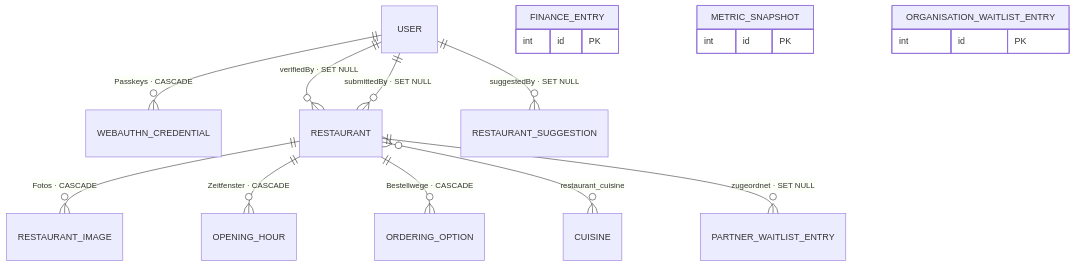
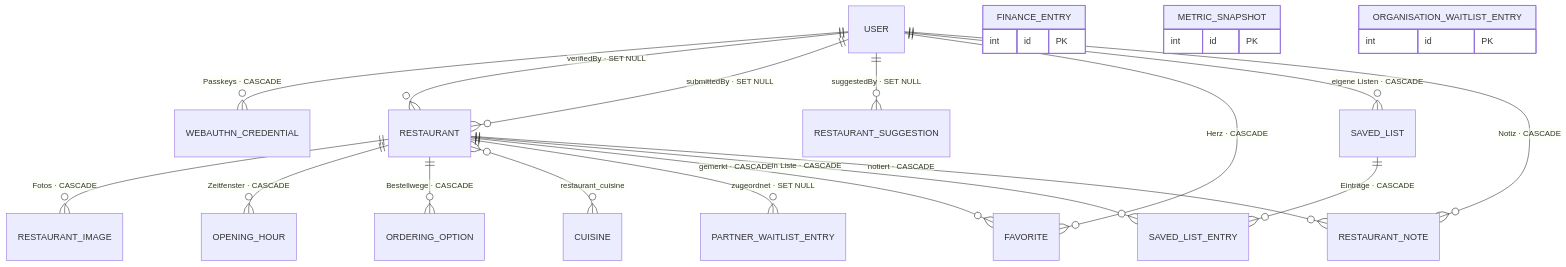
Before and after one commit to daumedia/endlech.lu: the diagram in docs/data-model.md, drawn with Mermaid. The commit also changed other lines of this file and 198 other files, not shown here.

````diff
--- a/docs/data-model.md
+++ b/docs/data-model.md
@@ -78,23 +81,31 @@
 ```mermaid
 erDiagram
     USER ||--o{ WEBAUTHN_CREDENTIAL : "Passkeys · CASCADE"
     USER ||--o{ RESTAURANT : "verifiedBy · SET NULL"
     USER ||--o{ RESTAURANT : "submittedBy · SET NULL"
     USER ||--o{ RESTAURANT_SUGGESTION : "suggestedBy · SET NULL"
 
     RESTAURANT ||--o{ RESTAURANT_IMAGE : "Fotos · CASCADE"
     RESTAURANT ||--o{ OPENING_HOUR : "Zeitfenster · CASCADE"
     RESTAURANT ||--o{ ORDERING_OPTION : "Bestellwege · CASCADE"
     RESTAURANT }o--o{ CUISINE : "restaurant_cuisine"
     RESTAURANT ||--o{ PARTNER_WAITLIST_ENTRY : "zugeordnet · SET NULL"
 
+    USER ||--o{ FAVORITE : "Herz · CASCADE"
+    RESTAURANT ||--o{ FAVORITE : "gemerkt · CASCADE"
+    USER ||--o{ SAVED_LIST : "eigene Listen · CASCADE"
+    SAVED_LIST ||--o{ SAVED_LIST_ENTRY : "Einträge · CASCADE"
+    RESTAURANT ||--o{ SAVED_LIST_ENTRY : "in Liste · CASCADE"
+    USER ||--o{ RESTAURANT_NOTE : "Notiz · CASCADE"
+    RESTAURANT ||--o{ RESTAURANT_NOTE : "notiert · CASCADE"
+
     FINANCE_ENTRY {
         int id PK
     }
     METRIC_SNAPSHOT {
         int id PK
     }
     ORGANISATION_WAITLIST_ENTRY {
         int id PK
     }
 ```
````
